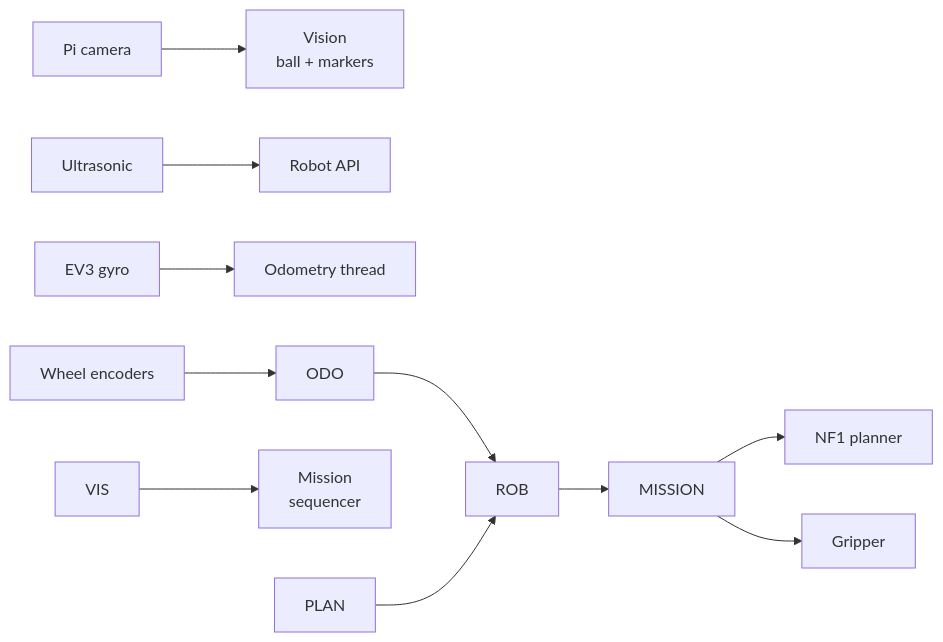
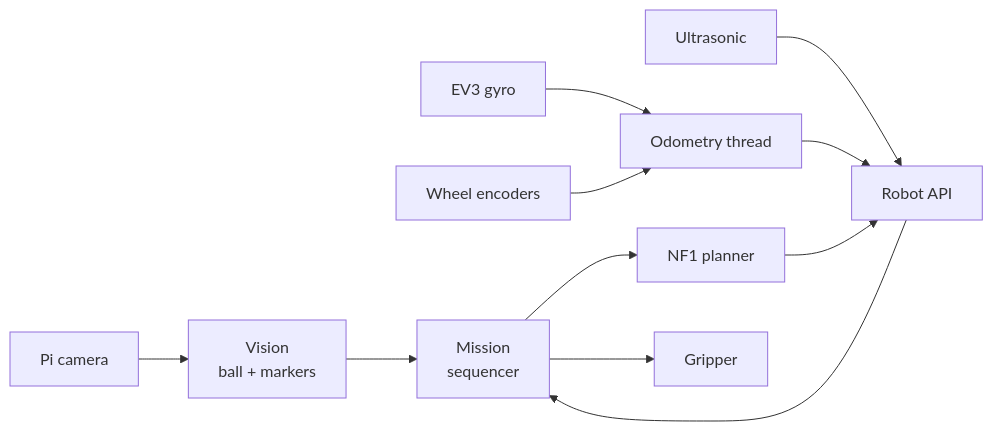
Before and after one commit to sejotta/lego-autonomous-robot: the diagram in README.md, drawn with Mermaid. The commit also changed other lines of this file, not shown here.

````diff
--- a/README.md
+++ b/README.md
@@ -125,13 +125,13 @@
 ```mermaid
 flowchart LR
-    CAM\[Pi camera] --> VIS\[Vision<br/>ball + markers]
-    US\[Ultrasonic] --> ROB\[Robot API]
-    GYRO\[EV3 gyro] --> ODO\[Odometry thread]
-    ENC\[Wheel encoders] --> ODO
+    CAM[Pi camera] --> VIS[Vision<br/>ball + markers]
+    US[Ultrasonic] --> ROB[Robot API]
+    GYRO[EV3 gyro] --> ODO[Odometry thread]
+    ENC[Wheel encoders] --> ODO
     ODO --> ROB
-    VIS --> MISSION\[Mission<br/>sequencer]
+    VIS --> MISSION[Mission<br/>sequencer]
     ROB --> MISSION
-    MISSION --> PLAN\[NF1 planner]
+    MISSION --> PLAN[NF1 planner]
     PLAN --> ROB
-    MISSION --> GRIP\[Gripper]
+    MISSION --> GRIP[Gripper]
 ```
````
